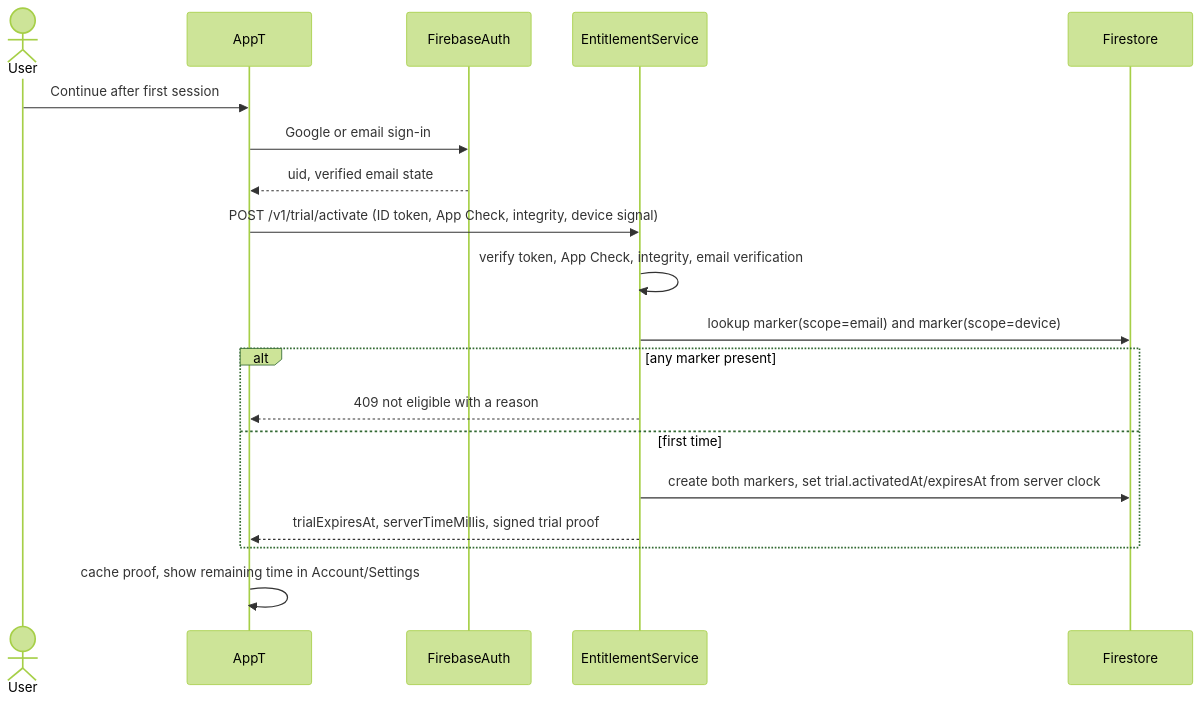
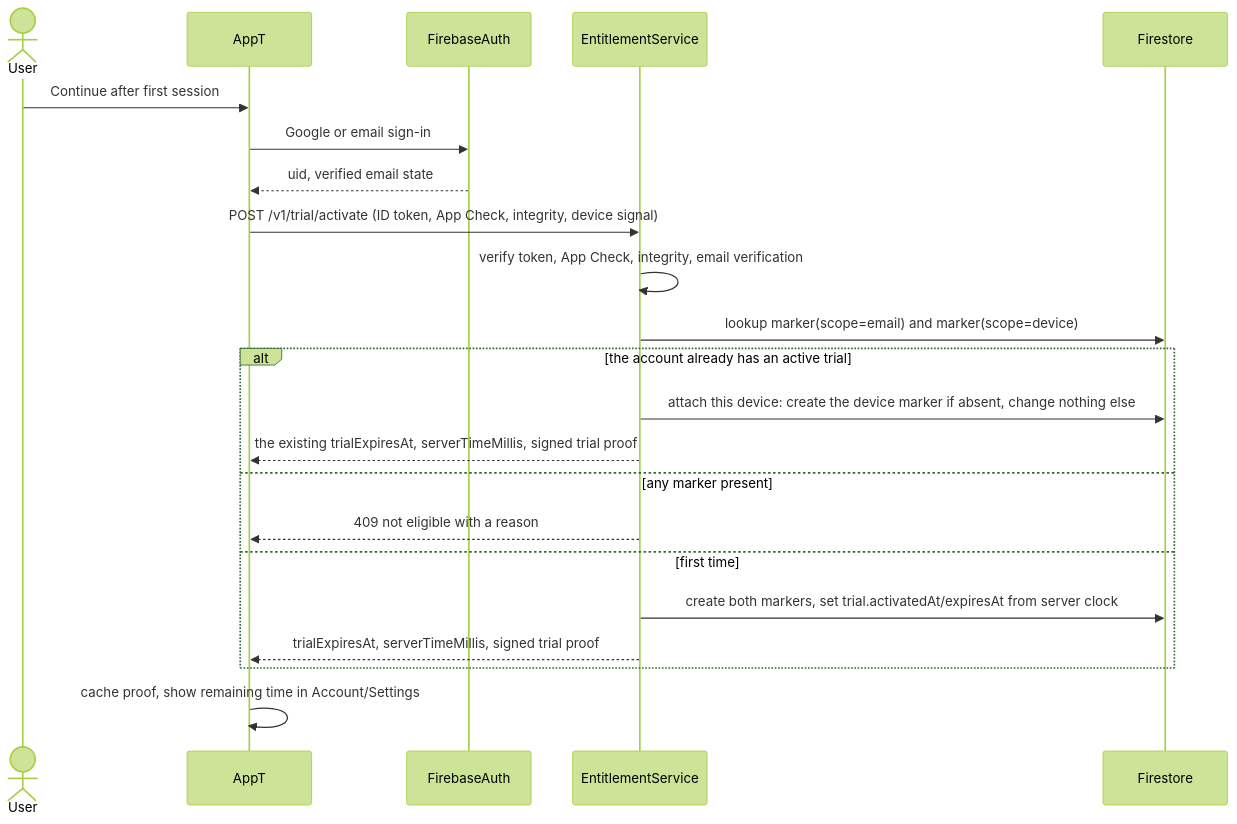
One commit to anthracite-labs/AppT changed the second of 4 diagrams in docs/architecture/sync.md. Above: the diagram before and after it, drawn with Mermaid (forest theme). The commit also changed other lines of this file and 17 other files, not shown here.

````diff
--- a/docs/architecture/sync.md
+++ b/docs/architecture/sync.md
@@ -229,22 +244,25 @@
 ```mermaid
 sequenceDiagram
   actor User
   participant App as AppT
   participant Auth as FirebaseAuth
   participant Fn as EntitlementService
   participant Db as Firestore
 
   User->>App: Continue after first session
   App->>Auth: Google or email sign-in
   Auth-->>App: uid, verified email state
   App->>Fn: POST /v1/trial/activate (ID token, App Check, integrity, device signal)
   Fn->>Fn: verify token, App Check, integrity, email verification
   Fn->>Db: lookup marker(scope=email) and marker(scope=device)
-  alt any marker present
+  alt the account already has an active trial
+    Fn->>Db: attach this device: create the device marker if absent, change nothing else
+    Fn-->>App: the existing trialExpiresAt, serverTimeMillis, signed trial proof
+  else any marker present
     Fn-->>App: 409 not eligible with a reason
   else first time
     Fn->>Db: create both markers, set trial.activatedAt/expiresAt from server clock
     Fn-->>App: trialExpiresAt, serverTimeMillis, signed trial proof
   end
   App->>App: cache proof, show remaining time in Account/Settings
 ```
````
